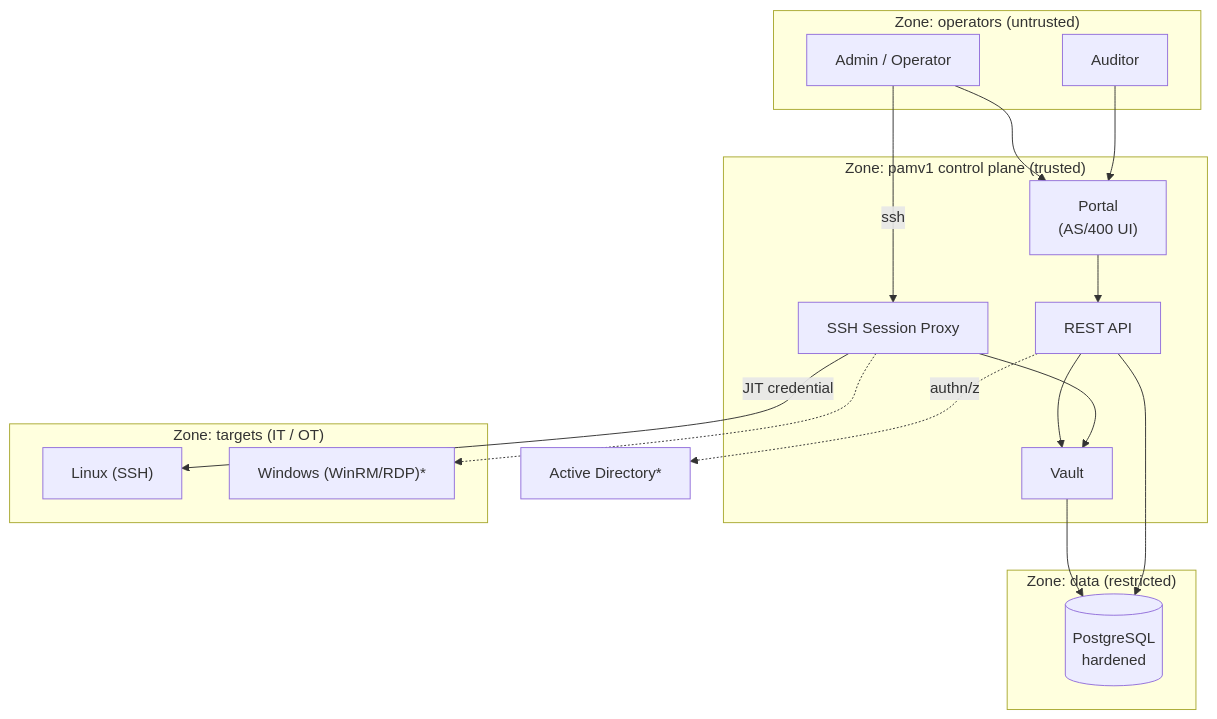
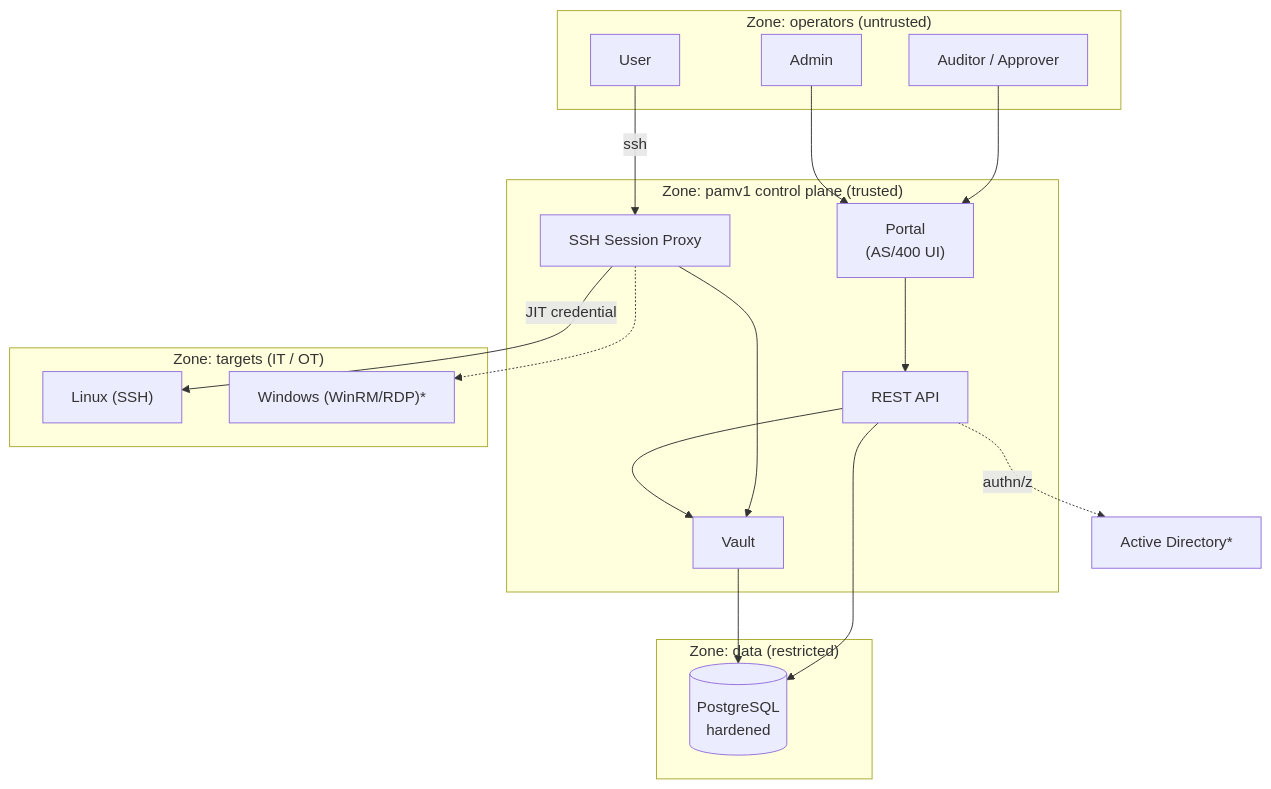
Before and after one commit to morandeirachema/pamv1: the first of 4 diagrams in docs/ARCHITECTURE-HIGH-LEVEL.md, drawn with Mermaid. The commit also changed other lines of this file and 17 other files, not shown here.

````diff
--- a/docs/ARCHITECTURE-HIGH-LEVEL.md
+++ b/docs/ARCHITECTURE-HIGH-LEVEL.md
@@ -20,36 +20,37 @@
 ```mermaid
 flowchart TB
     subgraph Z0["Zone: operators (untrusted)"]
-        ADMIN["  Admin / Operator  "]
-        AUD["  Auditor  "]
+        ADMIN["  Admin  "]
+        USER["  User  "]
+        AUD["  Auditor / Approver  "]
     end
 
     subgraph Z1["Zone: pamv1 control plane (trusted)"]
         PORTAL["  Portal  <br/>  (AS/400 UI)  "]
         API["  REST API  "]
         PROXY["  SSH Session Proxy  "]
         VAULT["  Vault  "]
     end
 
     subgraph Z2["Zone: data (restricted)"]
         DB[("  PostgreSQL  <br/>  hardened  ")]
     end
 
     subgraph Z3["Zone: targets (IT / OT)"]
         LNX["  Linux (SSH)  "]
         WIN["  Windows (WinRM/RDP)*  "]
     end
 
     IDP["  Active Directory*  "]
 
     ADMIN --> PORTAL --> API
-    ADMIN -->|"ssh"| PROXY
+    USER -->|"ssh"| PROXY
     AUD --> PORTAL
     API --> VAULT
     PROXY --> VAULT
     VAULT --> DB
     API --> DB
     API -.->|"authn/z"| IDP
     PROXY -->|"JIT credential"| LNX
     PROXY -.-> WIN
 ```
````
